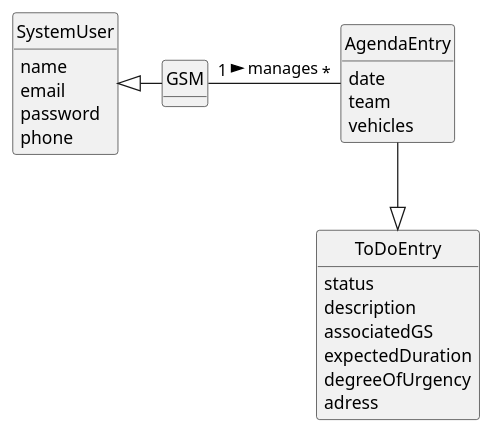
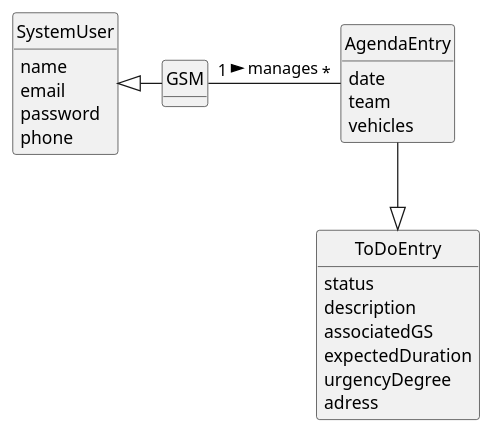
Before and after one commit to Departamento-de-Engenharia-Informatica/lei-24-s2-1do-g164: the diagram in docs/sprintC/us024/02.analysis/puml/us024-domain-model.puml, drawn with PlantUML. The commit also changed 11 other files, not shown here.

```diff
--- a/docs/sprintC/us024/02.analysis/puml/us024-domain-model.puml
+++ b/docs/sprintC/us024/02.analysis/puml/us024-domain-model.puml
@@ -1,47 +1,47 @@
 \@startuml
 skinparam monochrome true
 skinparam packageStyle rectangle
 skinparam shadowing false
 
 
 
 skinparam classAttributeIconSize 0
 
 hide circle
 hide methods
 
 
 class SystemUser {
     name
     email
     password
     phone
 
 }
 class GSM {
 
 }
 
 class AgendaEntry {
     date
     team
     vehicles
 }
 
 class ToDoEntry {
         status
         description
         associatedGS
         expectedDuration
-        degreeOfUrgency
+        urgencyDegree
         adress
 
 
 }
 
 GSM "1" - "*" AgendaEntry : manages >
 SystemUser <|- GSM
 AgendaEntry --|> ToDoEntry
 
 
 @enduml
```
